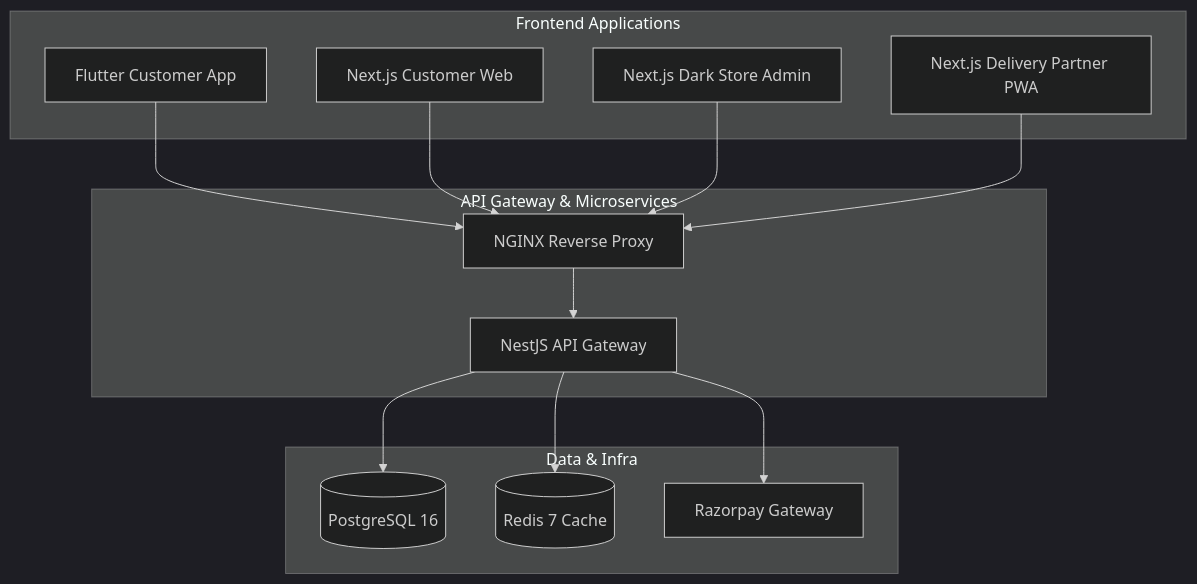
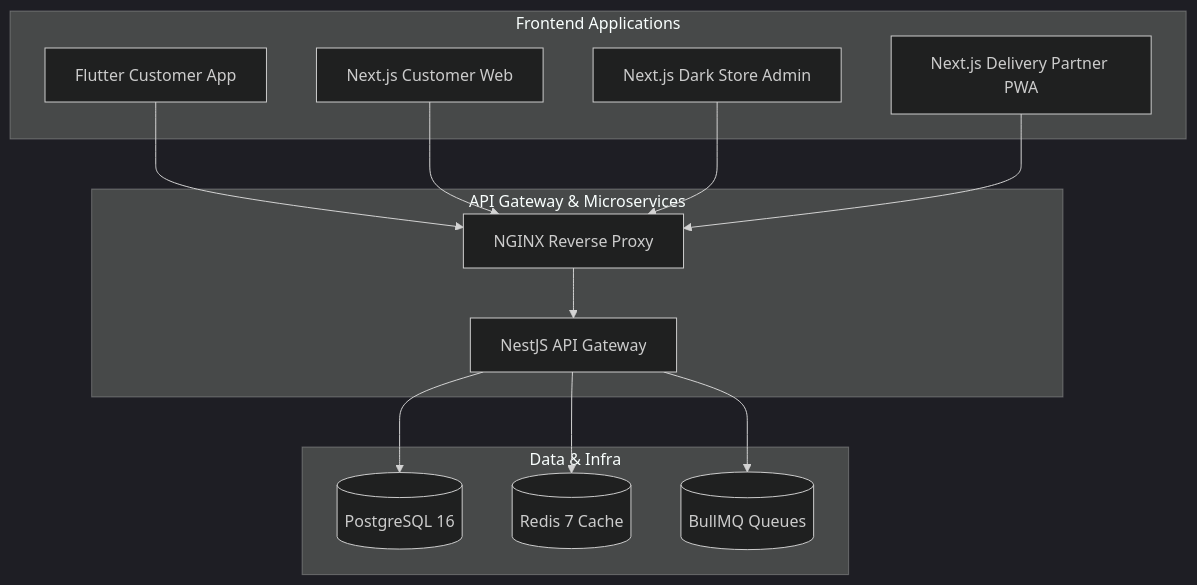
One commit to Sachinxcode-01/Daily-Basket changed the diagram in docs/Architecture/README.md. Above: the diagram before and after it, drawn with Mermaid (dark theme). The commit also changed other lines of this file and 68 other files, not shown here.

````diff
--- a/docs/Architecture/README.md
+++ b/docs/Architecture/README.md
@@ -3,30 +5,30 @@
 ```mermaid
 graph TD
     subgraph Frontend Applications
         Mobile[Flutter Customer App]
         Web[Next.js Customer Web]
         Admin[Next.js Dark Store Admin]
         Delivery[Next.js Delivery Partner PWA]
     end
 
     subgraph API Gateway & Microservices
         NGINX[NGINX Reverse Proxy]
         Nest[NestJS API Gateway]
     end
 
     subgraph Data & Infra
         PG[(PostgreSQL 16)]
         Redis[(Redis 7 Cache)]
-        Razorpay[Razorpay Gateway]
+        BullMQ[(BullMQ Queues)]
     end
 
     Mobile --> NGINX
     Web --> NGINX
     Admin --> NGINX
     Delivery --> NGINX
 
     NGINX --> Nest
     Nest --> PG
     Nest --> Redis
-    Nest --> Razorpay
+    Nest --> BullMQ
 ```
````
